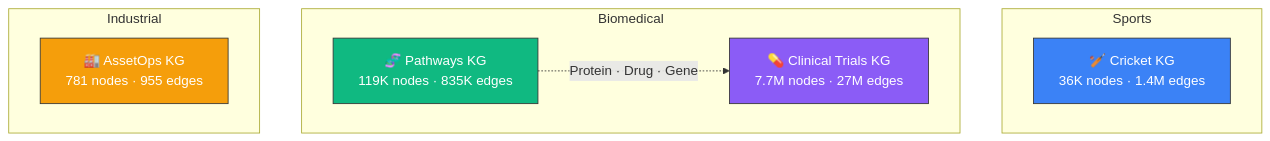
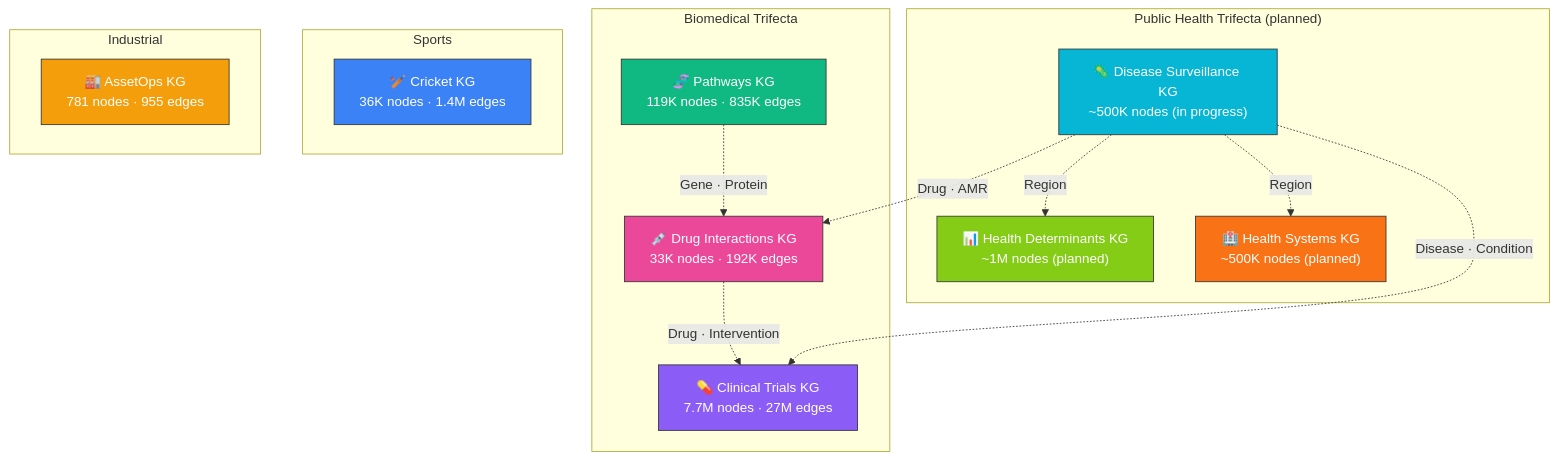
One commit to samyama-ai/samyama-graph-book changed the first of 6 diagrams in src/kg_catalog.md. Above: the diagram before and after it, drawn with Mermaid. The commit also changed other lines of this file and 3 other files, not shown here.

````diff
--- a/src/kg_catalog.md
+++ b/src/kg_catalog.md
@@ -9,22 +9,38 @@
 ```mermaid
 graph TB
+    subgraph "Biomedical Trifecta"
+        PKG["🧬 Pathways KG<br/>119K nodes · 835K edges"]
+        CTKG["💊 Clinical Trials KG<br/>7.7M nodes · 27M edges"]
+        DIKG["💉 Drug Interactions KG<br/>33K nodes · 192K edges"]
+    end
+
+    subgraph "Public Health Trifecta (planned)"
+        DSKG["🦠 Disease Surveillance KG<br/>~500K nodes (in progress)"]
+        HDKG["📊 Health Determinants KG<br/>~1M nodes (planned)"]
+        HSKG["🏥 Health Systems KG<br/>~500K nodes (planned)"]
+    end
+
     subgraph "Sports"
         CKG["🏏 Cricket KG<br/>36K nodes · 1.4M edges"]
-    end
-
-    subgraph "Biomedical"
-        PKG["🧬 Pathways KG<br/>119K nodes · 835K edges"]
-        CTKG["💊 Clinical Trials KG<br/>7.7M nodes · 27M edges"]
     end
 
     subgraph "Industrial"
         AOKG["🏭 AssetOps KG<br/>781 nodes · 955 edges"]
     end
 
-    PKG -.->|"Protein · Drug · Gene"| CTKG
+    PKG -.->|"Gene · Protein"| DIKG
+    DIKG -.->|"Drug · Intervention"| CTKG
+    DSKG -.->|"Disease · Condition"| CTKG
+    DSKG -.->|"Drug · AMR"| DIKG
+    DSKG -.->|"Region"| HDKG
+    DSKG -.->|"Region"| HSKG
 
     style CKG fill:#3b82f6,stroke:#333,color:#fff
     style PKG fill:#10b981,stroke:#333,color:#fff
     style CTKG fill:#8b5cf6,stroke:#333,color:#fff
+    style DIKG fill:#ec4899,stroke:#333,color:#fff
     style AOKG fill:#f59e0b,stroke:#333,color:#fff
+    style DSKG fill:#06b6d4,stroke:#333,color:#fff
+    style HDKG fill:#84cc16,stroke:#333,color:#fff
+    style HSKG fill:#f97316,stroke:#333,color:#fff
 ```
````
